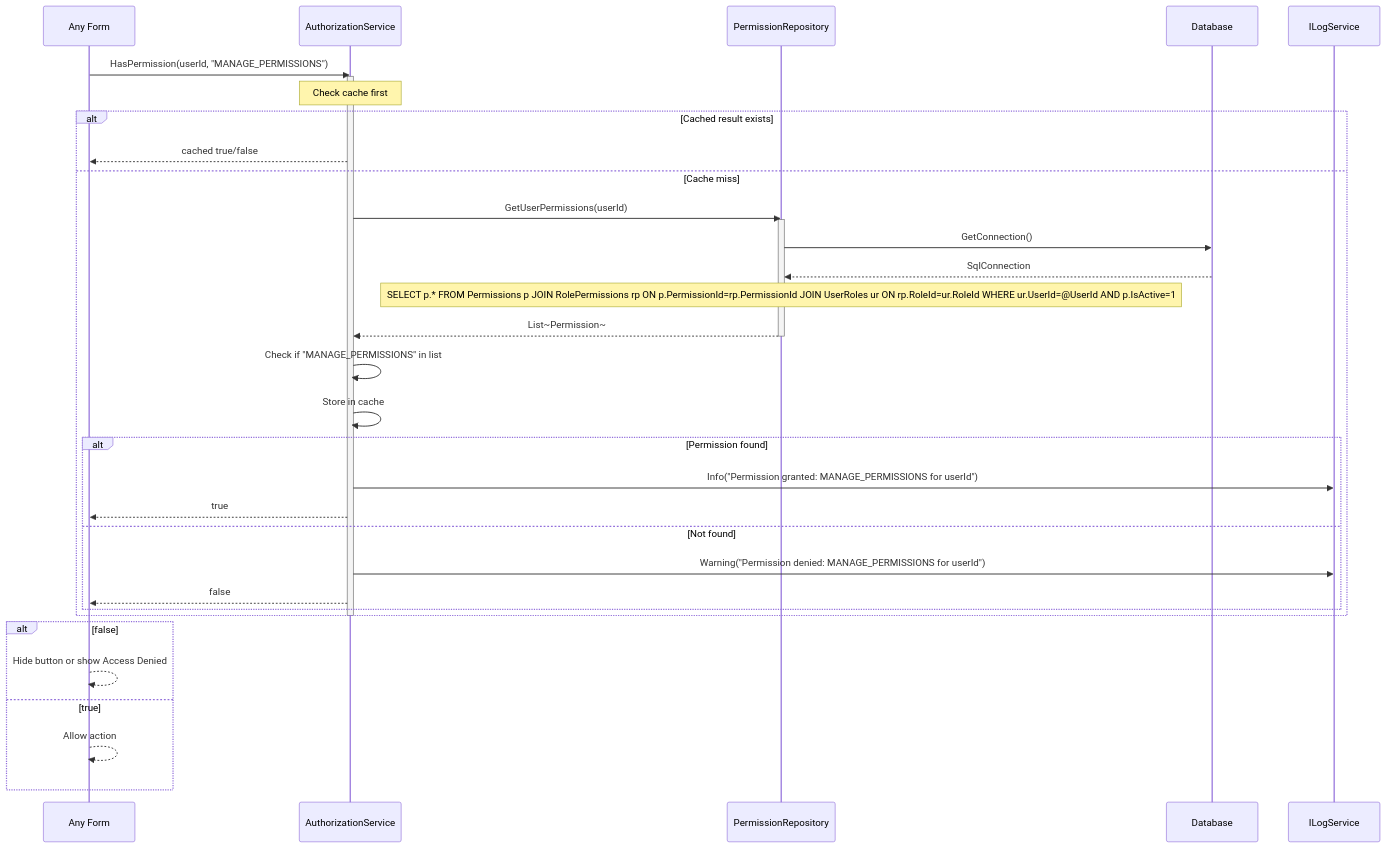
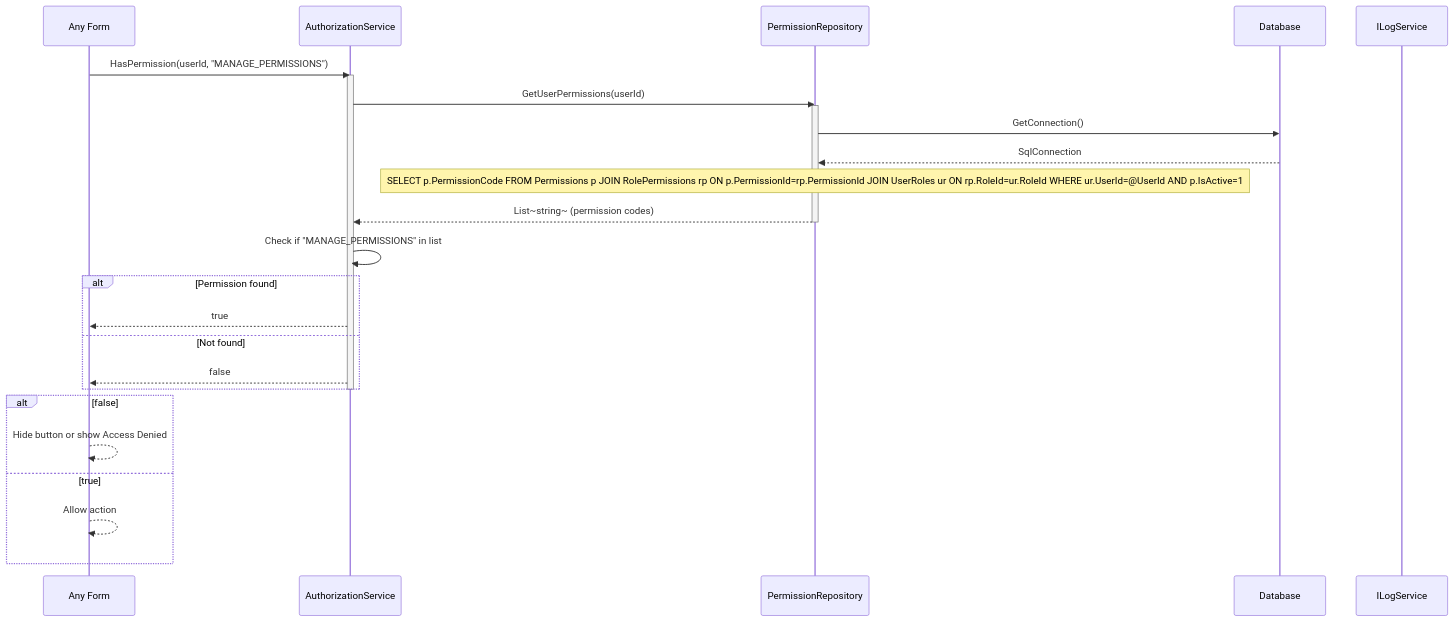
Diagram 13 of 14 in Documentation/UML_Diagrams/12_Role_Permissions_Process_Sequence_Diagram.md (nahuk86/tp_diploma_nk_2026), drawn with Mermaid before and after one commit. The commit also changed other lines of this file and 4 other files, not shown here.

Commit message:
Update UML diagrams 08-12 to reflect actual implementation

````diff
--- a/Documentation/UML_Diagrams/12_Role_Permissions_Process_Sequence_Diagram.md
+++ b/Documentation/UML_Diagrams/12_Role_Permissions_Process_Sequence_Diagram.md
@@ -398,38 +398,30 @@
 ```mermaid
 sequenceDiagram
     participant UI as Any Form
     participant Auth as AuthorizationService
     participant REPO as PermissionRepository
     participant DB as Database
     participant Log as ILogService
 
     UI->>Auth: HasPermission(userId, "MANAGE_PERMISSIONS")
     activate Auth
-    Note over Auth: Check cache first
-    alt Cached result exists
-        Auth-->>UI: cached true/false
-    else Cache miss
-        Auth->>REPO: GetUserPermissions(userId)
-        activate REPO
-        REPO->>DB: GetConnection()
-        DB-->>REPO: SqlConnection
-        Note over REPO: SELECT p.* FROM Permissions p JOIN RolePermissions rp ON p.PermissionId=rp.PermissionId JOIN UserRoles ur ON rp.RoleId=ur.RoleId WHERE ur.UserId=@UserId AND p.IsActive=1
-        REPO-->>Auth: List~Permission~
-        deactivate REPO
-        Auth->>Auth: Check if "MANAGE_PERMISSIONS" in list
-        Auth->>Auth: Store in cache
-        alt Permission found
-            Auth->>Log: Info("Permission granted: MANAGE_PERMISSIONS for userId")
-            Auth-->>UI: true
-        else Not found
-            Auth->>Log: Warning("Permission denied: MANAGE_PERMISSIONS for userId")
-            Auth-->>UI: false
-        end
+    Auth->>REPO: GetUserPermissions(userId)
+    activate REPO
+    REPO->>DB: GetConnection()
+    DB-->>REPO: SqlConnection
+    Note over REPO: SELECT p.PermissionCode FROM Permissions p JOIN RolePermissions rp ON p.PermissionId=rp.PermissionId JOIN UserRoles ur ON rp.RoleId=ur.RoleId WHERE ur.UserId=@UserId AND p.IsActive=1
+    REPO-->>Auth: List~string~ (permission codes)
+    deactivate REPO
+    Auth->>Auth: Check if "MANAGE_PERMISSIONS" in list
+    alt Permission found
+        Auth-->>UI: true
+    else Not found
+        Auth-->>UI: false
     end
     deactivate Auth
     alt false
         UI-->>UI: Hide button or show Access Denied
     else true
         UI-->>UI: Allow action
     end
 ```
````
